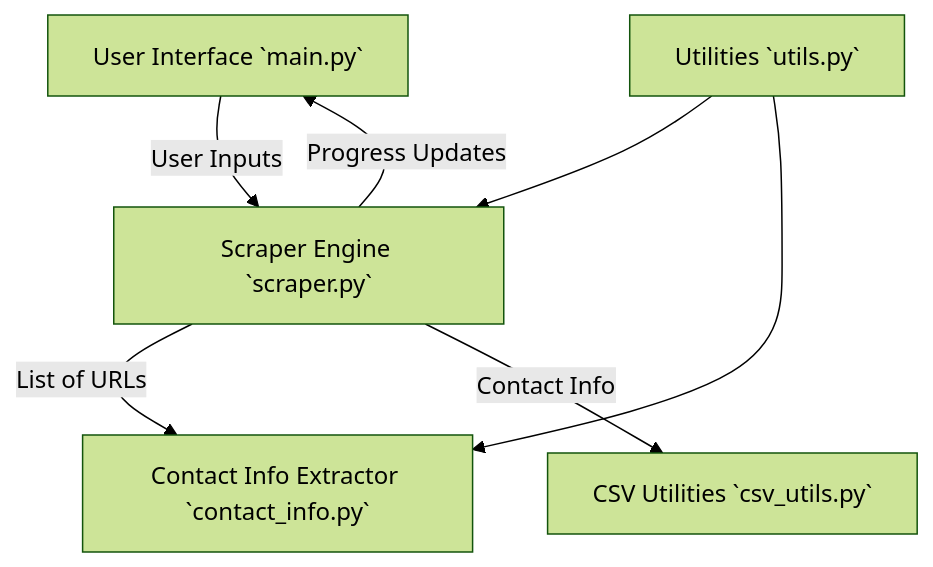
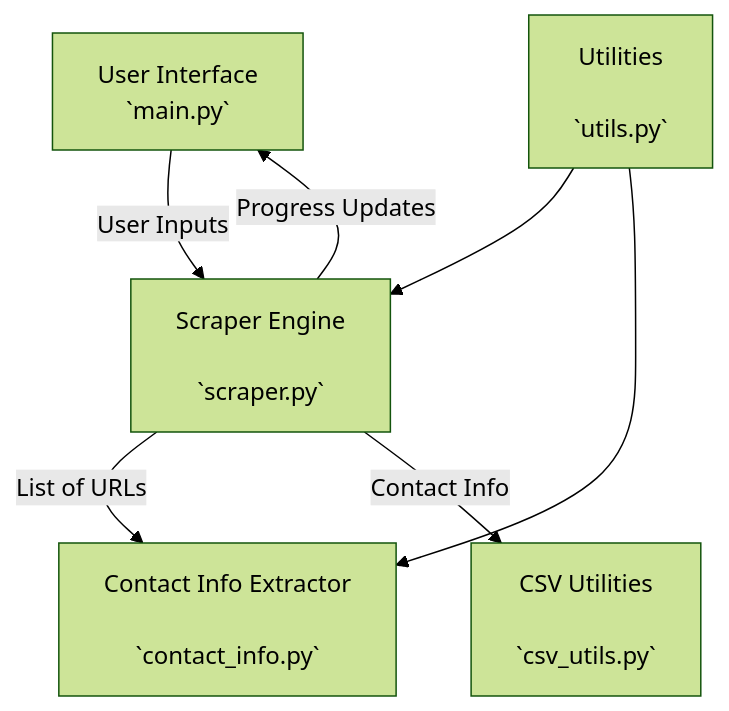
The diagram in README.md (MasonDG21/modular-webscraping-approach), drawn with Mermaid (forest theme) before and after one commit.

Commit message:
draft design doc

````diff
--- a/README.md
+++ b/README.md
@@ -17,9 +17,18 @@
 ```mermaid
 graph TD
-    A[User Interface `main.py`] -->|User Inputs| B[Scraper Engine `scraper.py`]
-    B -->|List of URLs| D[Contact Info Extractor `contact_info.py`]
-    B -->|Contact Info| E[CSV Utilities `csv_utils.py`]
-    G[Utilities `utils.py`] --> B
+    A[User Interface
+    `main.py`] -->|User Inputs| B[Scraper Engine
+    
+    `scraper.py`]
+    B -->|List of URLs| D[Contact Info Extractor
+    
+    `contact_info.py`]
+    B -->|Contact Info| E[CSV Utilities
+    
+    `csv_utils.py`]
+    G[Utilities
+    
+    `utils.py`] --> B
     G --> D
     B -->|Progress Updates| A
 ```
````
